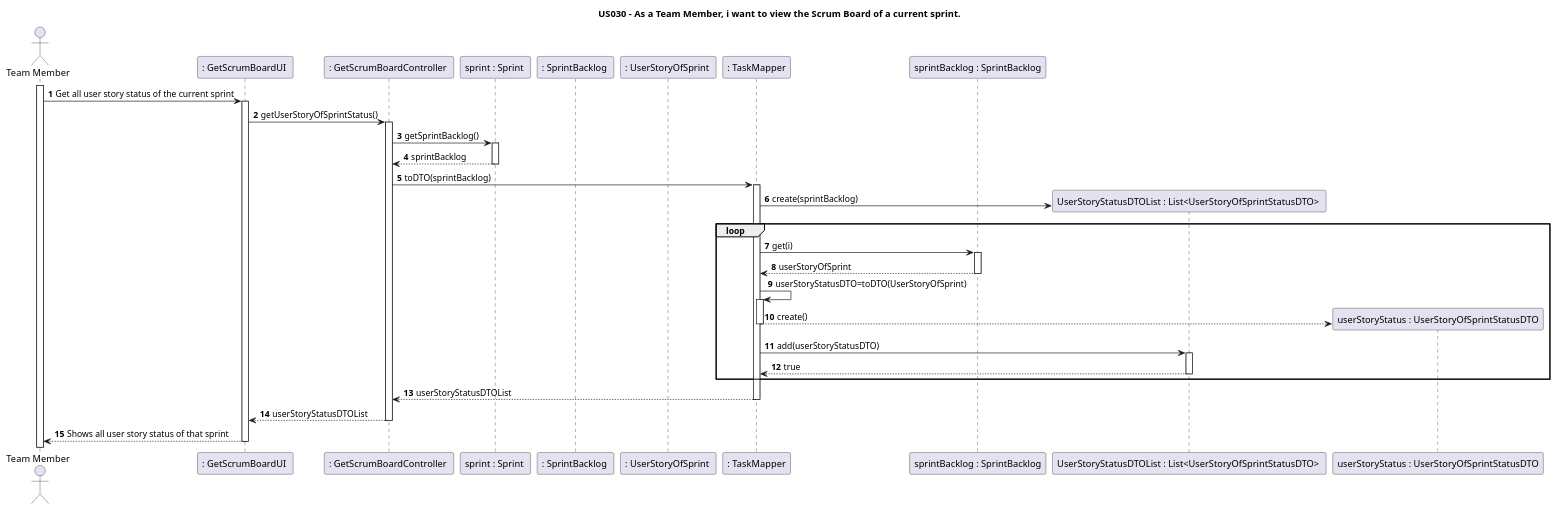
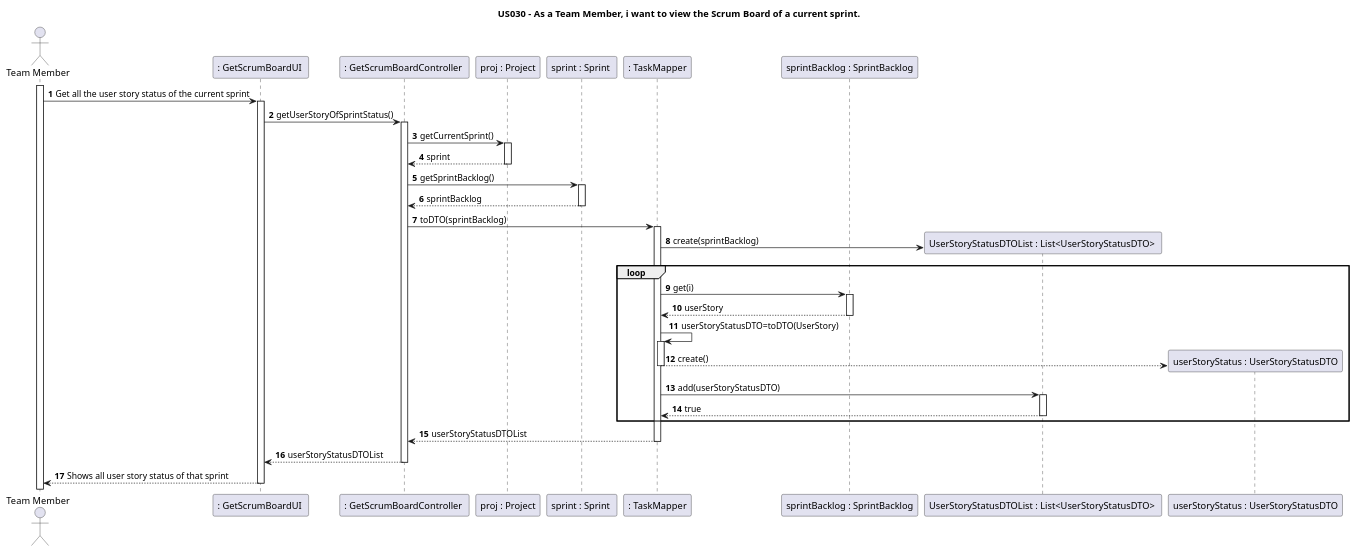
One commit to nunogon1211787/projectManagement changed the diagram in docs/Sprint3/US030/US030-SD.puml. Above: the diagram before and after it, drawn with PlantUML. The commit also changed 1 other file, not shown here.

```diff
--- a/docs/Sprint3/US030/US030-SD.puml
+++ b/docs/Sprint3/US030/US030-SD.puml
@@ -1,44 +1,45 @@
 @startuml
 'https://plantuml.com/class-diagram
 
 title US030 - As a Team Member, i want to view the Scrum Board of a current sprint.
 
 autoactivate on
 autonumber
 
 actor "Team Member" as TeamMember
 
 participant ": GetScrumBoardUI " as UI
 participant ": GetScrumBoardController " as controller
+participant "proj : Project" as proj
 participant "sprint : Sprint " as sprint
-participant ": SprintBacklog " as sprintBacklog
-participant ": UserStoryOfSprint " as userStoryOfSprint
 participant ": TaskMapper" as mapper
 participant "sprintBacklog : SprintBacklog" as tasksStatus
-participant "UserStoryStatusDTOList : List<UserStoryOfSprintStatusDTO> " as tasksDTOList
-participant "userStoryStatus : UserStoryOfSprintStatusDTO" as UserStoryStatus
+participant "UserStoryStatusDTOList : List<UserStoryStatusDTO> " as tasksDTOList
+participant "userStoryStatus : UserStoryStatusDTO" as UserStoryStatus
 
 activate TeamMember
 
-TeamMember -> UI: Get all user story status of the current sprint
+TeamMember -> UI: Get all the user story status of the current sprint
 
 UI -> controller: getUserStoryOfSprintStatus()
+controller -> proj: getCurrentSprint()
+return sprint
 controller -> sprint: getSprintBacklog()
 return sprintBacklog
 controller -> mapper : toDTO(sprintBacklog)
 mapper -> tasksDTOList**: create(sprintBacklog)
 loop
 mapper -> tasksStatus : get(i)
-return userStoryOfSprint
-mapper -> mapper : userStoryStatusDTO=toDTO(UserStoryOfSprint)
+return userStory
+mapper -> mapper : userStoryStatusDTO=toDTO(UserStory)
 mapper --> UserStoryStatus**: create()
 deactivate
 mapper -> tasksDTOList : add(userStoryStatusDTO)
 return true
 end
 return userStoryStatusDTOList
 return userStoryStatusDTOList
 return Shows all user story status of that sprint
 
 
 @enduml
```
